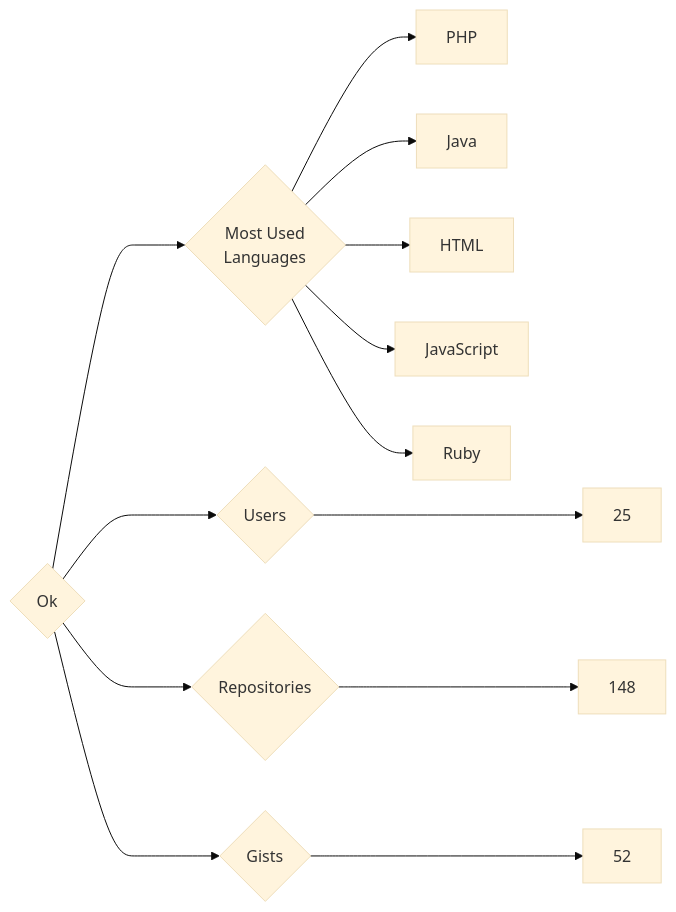
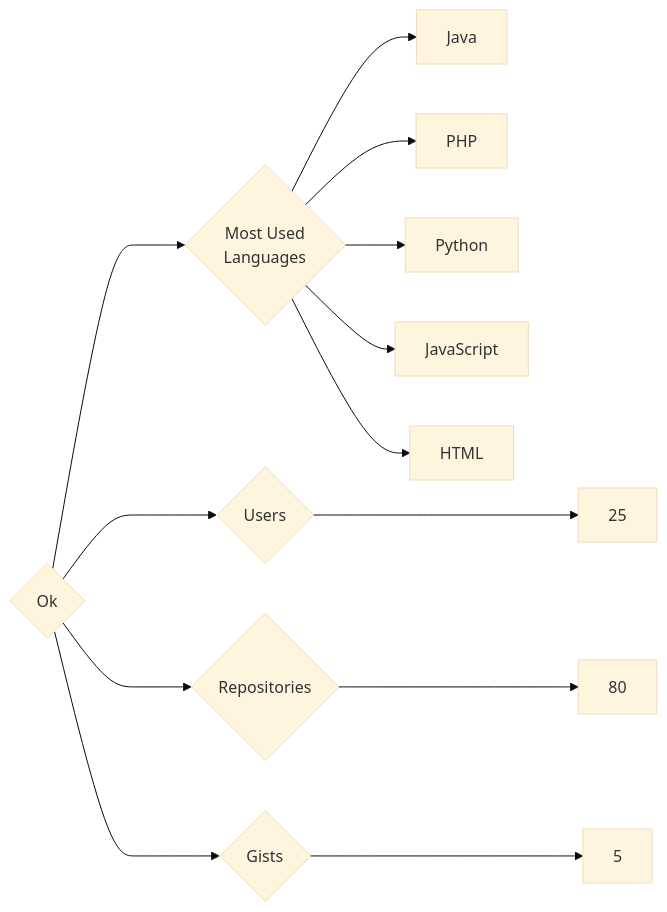
Before and after one commit to trickest/insiders: the diagram in targets/Ok/README.md, drawn with Mermaid (base theme). The commit also changed 839 other files, not shown here.

````diff
--- a/targets/Ok/README.md
+++ b/targets/Ok/README.md
@@ -3,13 +3,13 @@
 ```mermaid
 graph LR
 COMPANY_NAME{Ok}
 COMPANY_NAME ---> U{Users} ---> UN[25]
-COMPANY_NAME ---> R{Repositories} ---> RN[148]
-COMPANY_NAME ---> G{Gists} ---> GN[52]
+COMPANY_NAME ---> R{Repositories} ---> RN[80]
+COMPANY_NAME ---> G{Gists} ---> GN[5]
 COMPANY_NAME ---> ML{Most Used<br>Languages}
+ML --> Java[Java]
 ML --> PHP[PHP]
-ML --> Java[Java]
+ML --> Python[Python]
+ML --> JavaScript[JavaScript]
 ML --> HTML[HTML]
-ML --> JavaScript[JavaScript]
-ML --> Ruby[Ruby]
 ```
````
